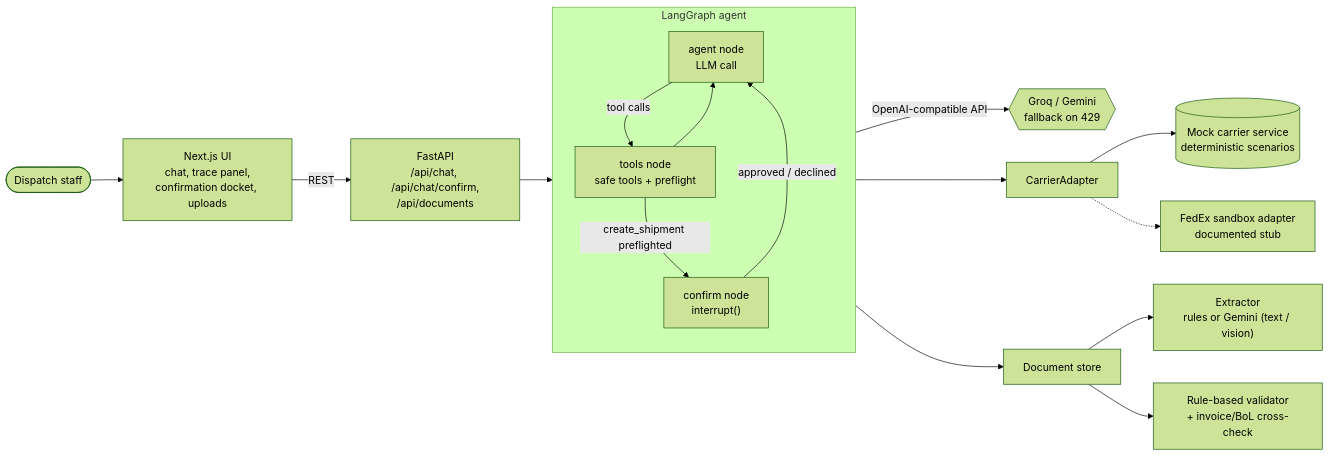
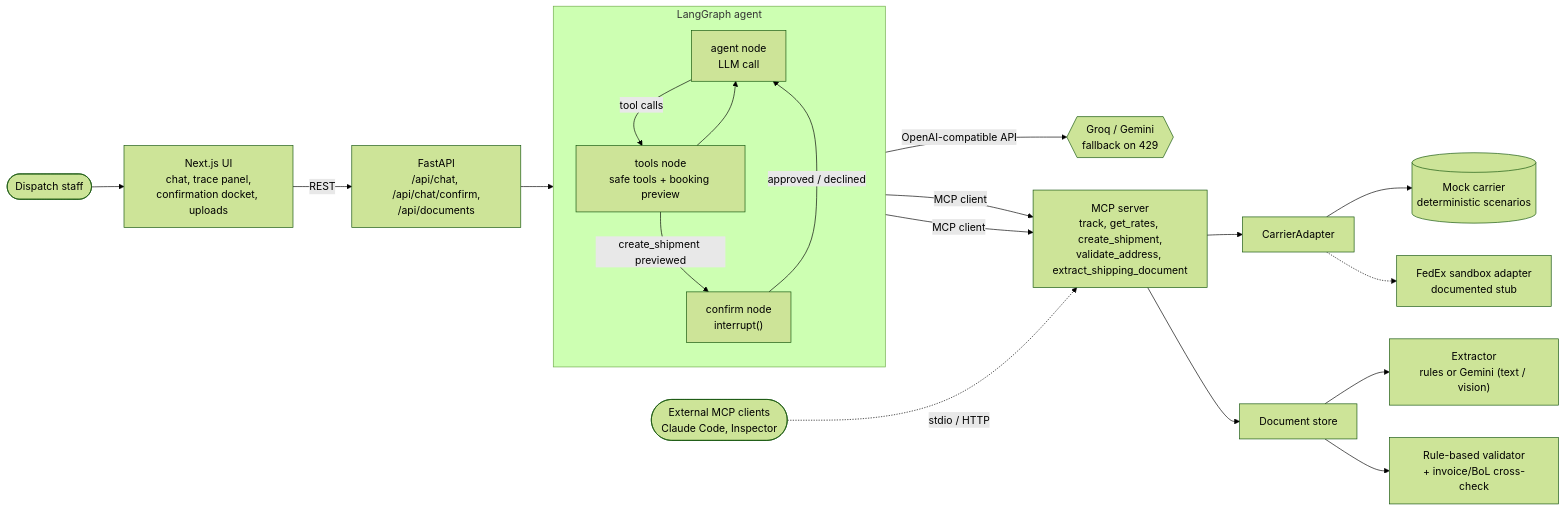
The first of 2 diagrams in README.md (ashfaque-work/shipment-ops-agent), drawn with Mermaid (forest theme) before and after one commit. The commit also changed other lines of this file and 11 other files, not shown here.

First line of the commit message:
MCP: serve the shipping tools over MCP; the agent consumes them through it

````diff
--- a/README.md
+++ b/README.md
@@ -46,22 +46,25 @@
 ```mermaid
 flowchart LR
     user([Dispatch staff]) --> ui["Next.js UI<br/>chat, trace panel,<br/>confirmation docket, uploads"]
     ui -- REST --> api["FastAPI<br/>/api/chat, /api/chat/confirm,<br/>/api/documents"]
     api --> agent
 
     subgraph lg [LangGraph agent]
         direction TB
-        agent[agent node<br/>LLM call] -->|tool calls| tools[tools node<br/>safe tools + preflight]
-        tools -->|create_shipment preflighted| confirm["confirm node<br/>interrupt()"]
+        agent[agent node<br/>LLM call] -->|tool calls| tools[tools node<br/>safe tools + booking preview]
+        tools -->|create_shipment previewed| confirm["confirm node<br/>interrupt()"]
         tools --> agent
         confirm -->|approved / declined| agent
     end
 
     agent -- OpenAI-compatible API --> llm{{"Groq / Gemini<br/>fallback on 429"}}
-    tools --> carrier[CarrierAdapter]
-    carrier --> mock[(Mock carrier service<br/>deterministic scenarios)]
+    tools -- MCP client --> mcp["MCP server<br/>track, get_rates, create_shipment,<br/>validate_address, extract_shipping_document"]
+    confirm -- MCP client --> mcp
+    ext([External MCP clients<br/>Claude Code, Inspector]) -. stdio / HTTP .-> mcp
+    mcp --> carrier[CarrierAdapter]
+    carrier --> mock[(Mock carrier<br/>deterministic scenarios)]
     carrier -.-> fedex[FedEx sandbox adapter<br/>documented stub]
-    tools --> docs[Document store]
+    mcp --> docs[Document store]
     docs --> extract["Extractor<br/>rules or Gemini (text / vision)"]
     docs --> validate[Rule-based validator<br/>+ invoice/BoL cross-check]
 ```
````
